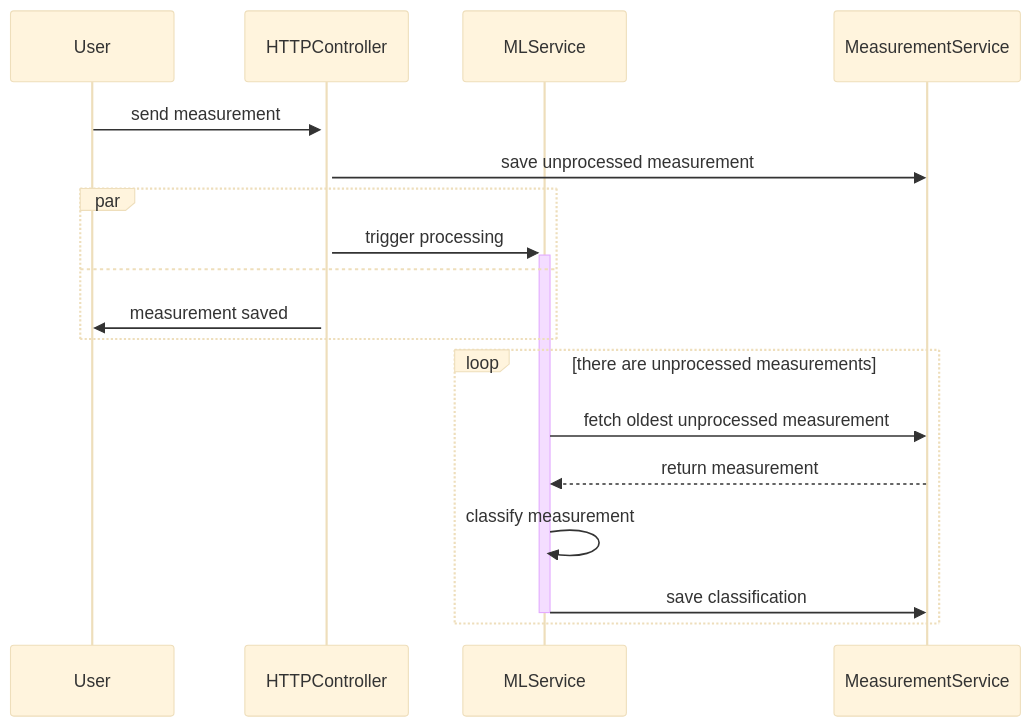
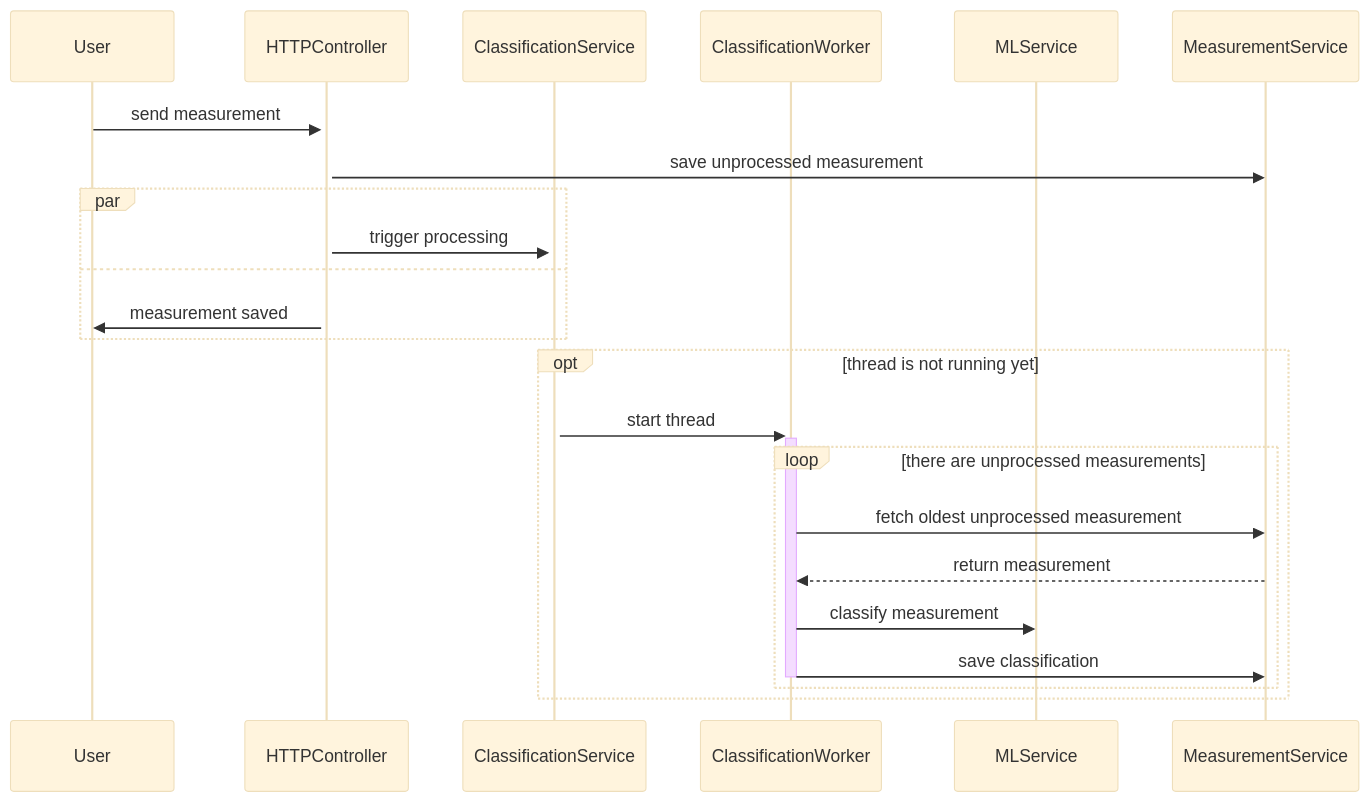
One commit to MichalTom4szewicz/PWR_PPIWD changed the third of 3 diagrams in backend/docs/data_processing.md. Above: the diagram before and after it, drawn with Mermaid (base theme).

Commit message:
Update measurement processing diagrams

````diff
--- a/backend/docs/data_processing.md
+++ b/backend/docs/data_processing.md
@@ -52,21 +52,26 @@
 ```mermaid
 sequenceDiagram
   participant U as User
   participant HC as HTTPController
+  participant CS as ClassificationService
+  participant CW as ClassificationWorker
   participant ML as MLService
   participant m as MeasurementService
 
   U->>+HC: send measurement
   HC->>m: save unprocessed measurement
   par
-    HC->>+ML: trigger processing
+    HC->>+CS: trigger processing
   and
     HC->>U: measurement saved
   end
-  loop there are unprocessed measurements
-    ML->>m: fetch oldest unprocessed measurement
-    m-->>ML: return measurement
-    ML->>ML: classify measurement
-    ML->>-m: save classification
+  opt thread is not running yet
+    CS->>+CW: start thread
+    loop there are unprocessed measurements
+      CW->>m: fetch oldest unprocessed measurement
+      m-->>CW: return measurement
+      CW->>ML: classify measurement
+      CW->>-m: save classification
+    end
   end
 ```
````
